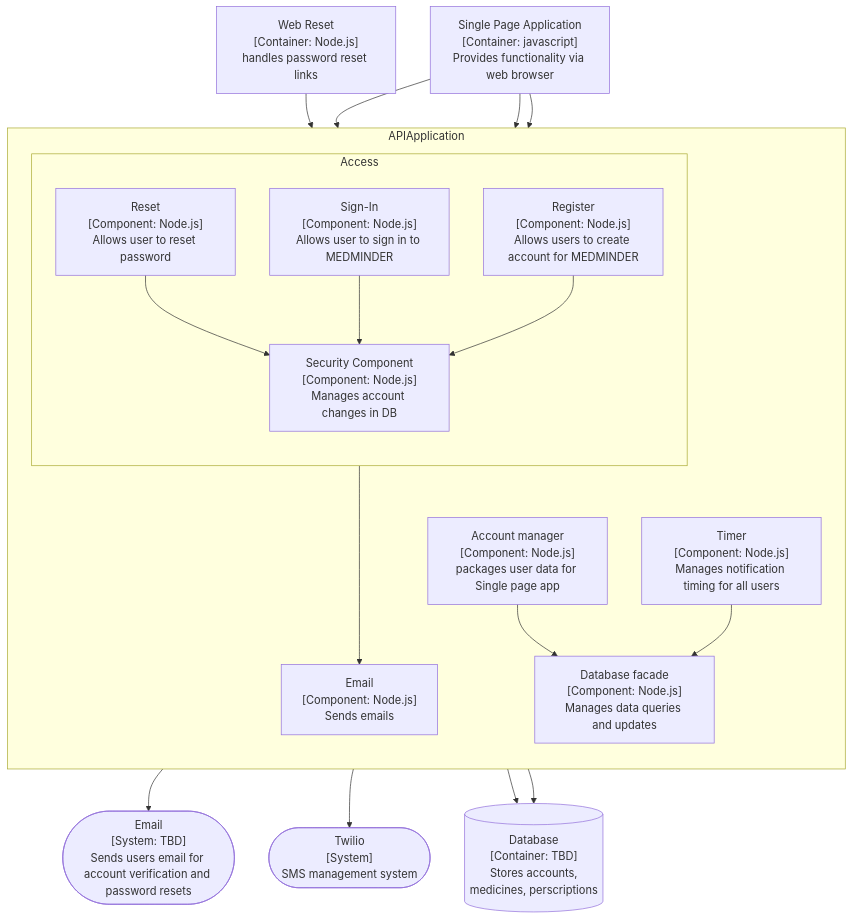
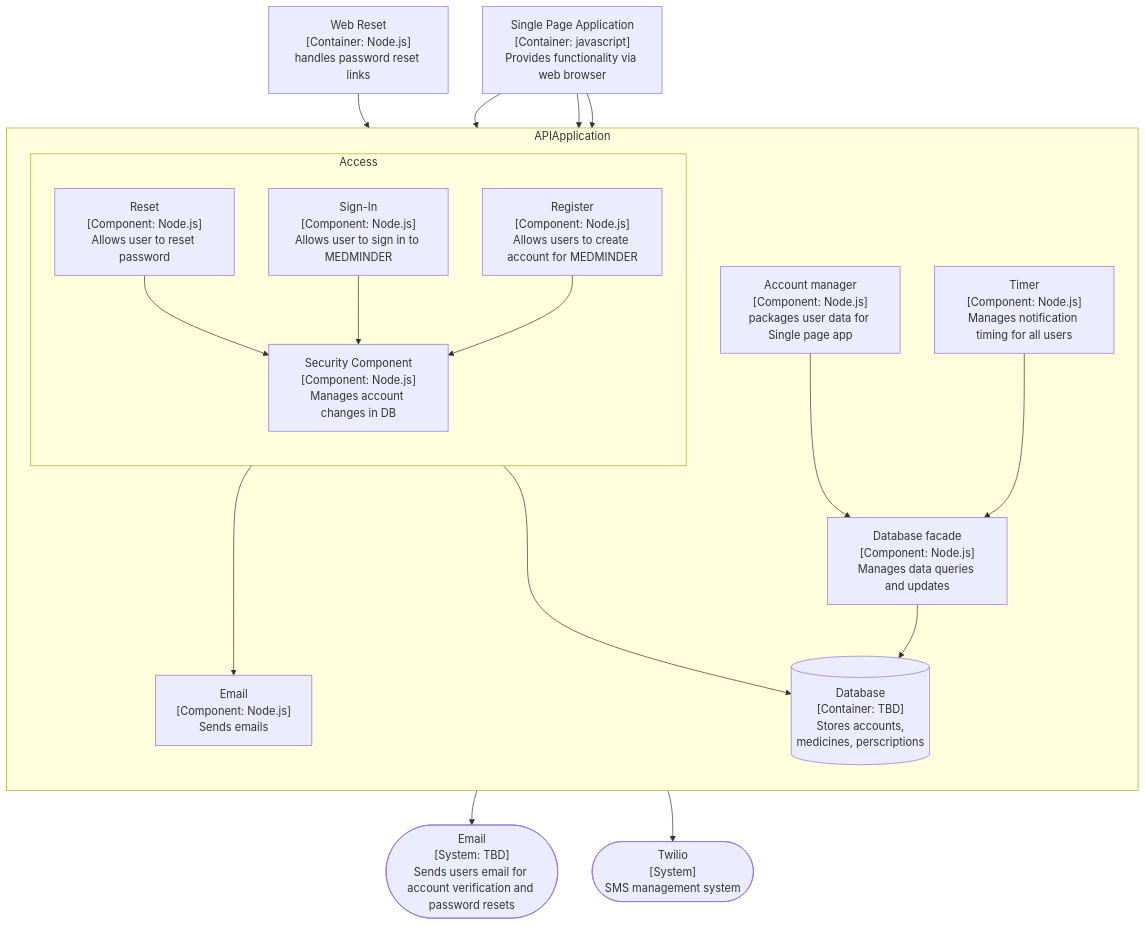
One commit to nop0x0f/COSC412_team1 changed the fifth of 7 diagrams in design/C4diagrams.md. Above: the diagram before and after it, drawn with Mermaid. The commit also changed other lines of this file, not shown here.

Commit message:
Update C4diagrams.md
test action

````diff
--- a/design/C4diagrams.md
+++ b/design/C4diagrams.md
@@ -68,36 +70,36 @@
 ```mermaid
 flowchart TB
 reset["Web Reset<br/>[Container: Node.js]<br/>handles password reset links"]
 Email(["Email<br/>[System: TBD]<br/>Sends users email for account verification and password resets"])
 Twilio(["Twilio<br/>[System]<br/>SMS management system"])
 single["Single Page Application<br/>[Container: javascript]<br/>Provides functionality via web browser"]
 db[("Database<br/>[Container: TBD]<br/>Stores accounts,<br/>medicines, perscriptions")]
   subgraph APIApplication
 	direction TB
 	Time["Timer<br/>[Component: Node.js]<br/>Manages notification timing for all users"]
 	Account["Account manager<br/>[Component: Node.js]<br/>packages user data for Single page app"]
 	Dbfacade["Database facade<br/>[Component: Node.js]<br/>Manages data queries and updates"]
 	subgraph Access
 		direction TB
 		Signin["Sign-In<br/>[Component: Node.js]<br/>Allows user to sign in to MEDMINDER"]
 		Signup["Register<br/>[Component: Node.js]<br/>Allows users to create account for MEDMINDER"]
 		Reset["Reset<br/>[Component: Node.js]<br/>Allows user to reset password"]
 		Security["Security Component<br/>[Component: Node.js]<br/>Manages account changes in DB"]
 		Reset --> Security
 		Signin --> Security
 		Signup --> Security
 	end
 	mail["Email<br/>[Component: Node.js]<br/>Sends emails"]
 	Reset ---> mail
 	Account --> Dbfacade
+	Security --> db
+	Dbfacade --> db
   end
 mail --> Email
 Time --> Twilio
 Time --> Dbfacade
-Security --> db
-Dbfacade --> db
 single --> Signin
 reset --> Reset
 single --> Signup
 single --> Account
 ```
````
